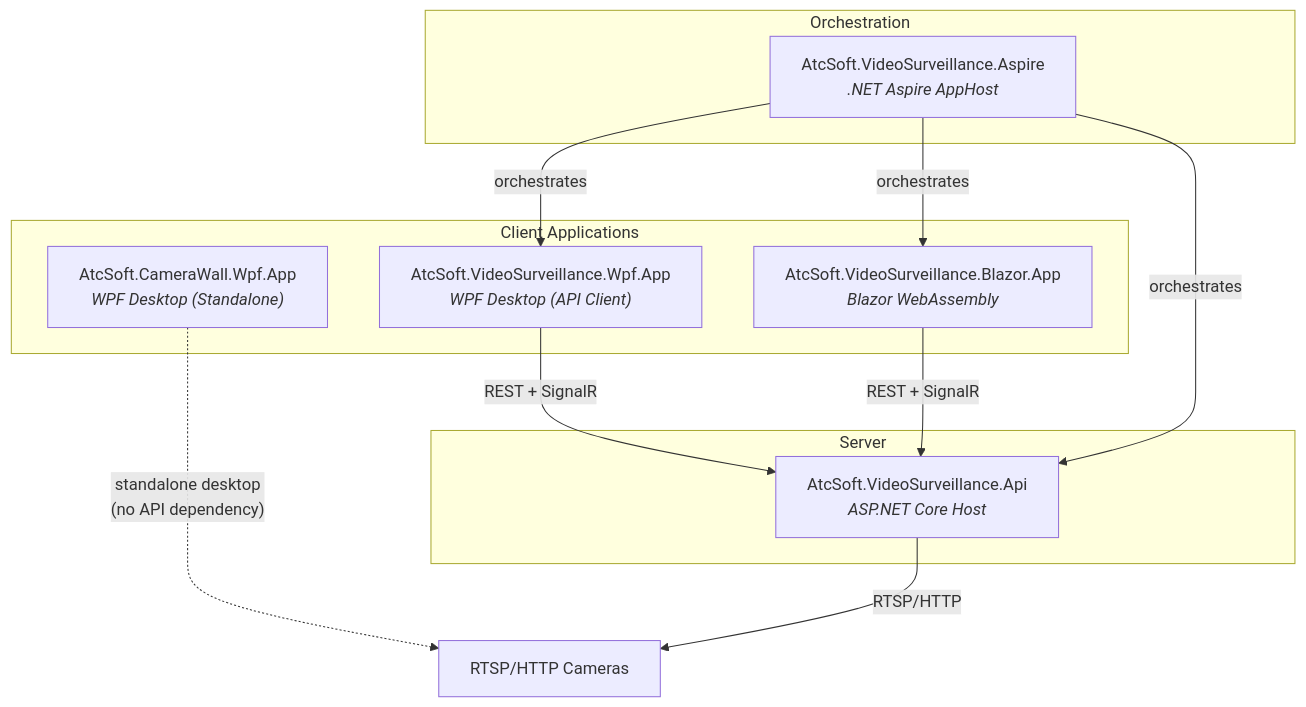
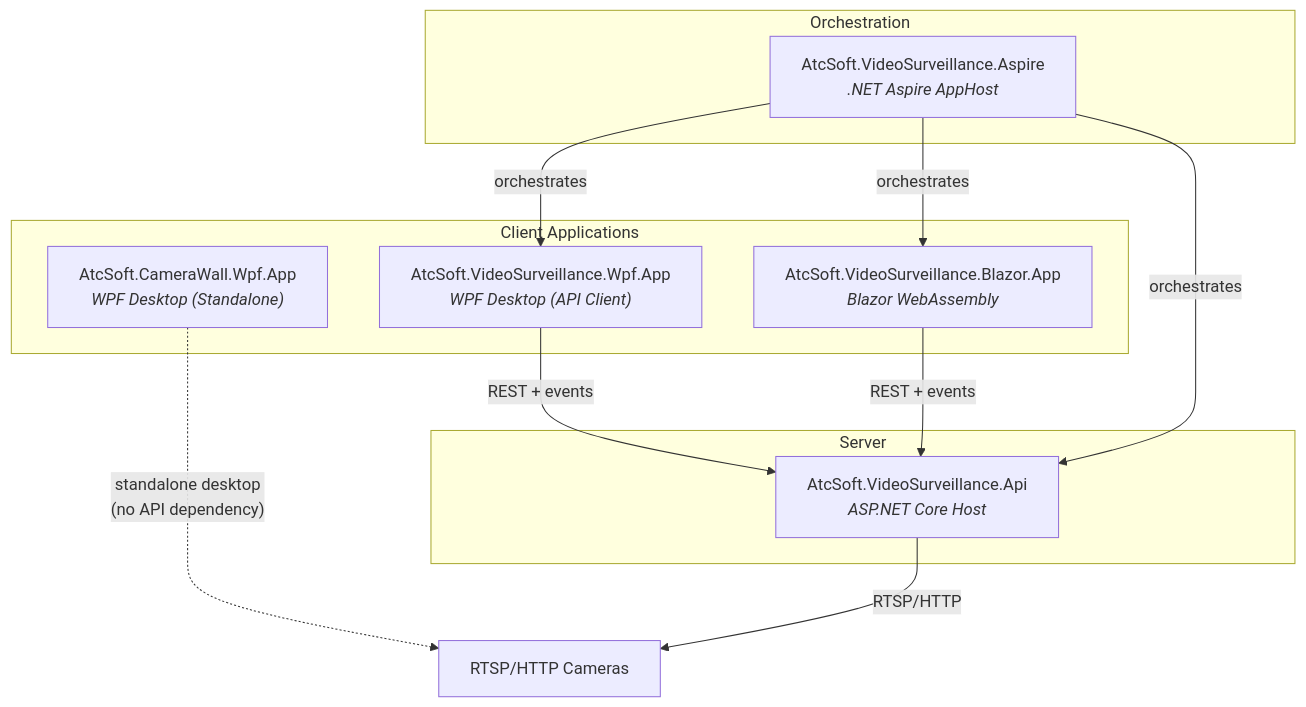
Before and after one commit to davidkallesen/AtcSoft.VideoSurveillance: the first of 8 diagrams in docs/architecture.md, drawn with Mermaid. The commit also changed other lines of this file and 66 other files, not shown here.

First line of the commit message:
refactor(clients): streams over REST on a lease, and the SignalR hub goes

````diff
--- a/docs/architecture.md
+++ b/docs/architecture.md
@@ -7,25 +7,25 @@
 ```mermaid
 graph TB
     subgraph Clients["Client Applications"]
         WPF["AtcSoft.CameraWall.Wpf.App<br/><i>WPF Desktop (Standalone)</i>"]
         VSWpf["AtcSoft.VideoSurveillance.Wpf.App<br/><i>WPF Desktop (API Client)</i>"]
         Blazor["AtcSoft.VideoSurveillance.Blazor.App<br/><i>Blazor WebAssembly</i>"]
     end
 
     subgraph Server["Server"]
         API["AtcSoft.VideoSurveillance.Api<br/><i>ASP.NET Core Host</i>"]
     end
 
     subgraph Orchestration
         Aspire["AtcSoft.VideoSurveillance.Aspire<br/><i>.NET Aspire AppHost</i>"]
     end
 
-    VSWpf -- "REST + SignalR" --> API
-    Blazor -- "REST + SignalR" --> API
+    VSWpf -- "REST + events" --> API
+    Blazor -- "REST + events" --> API
     Aspire -- "orchestrates" --> API
     Aspire -- "orchestrates" --> Blazor
     Aspire -- "orchestrates" --> VSWpf
 
     WPF -. "standalone desktop<br/>(no API dependency)" .-> Cameras["RTSP/HTTP Cameras"]
     API -- "RTSP/HTTP" --> Cameras
 ```
````
